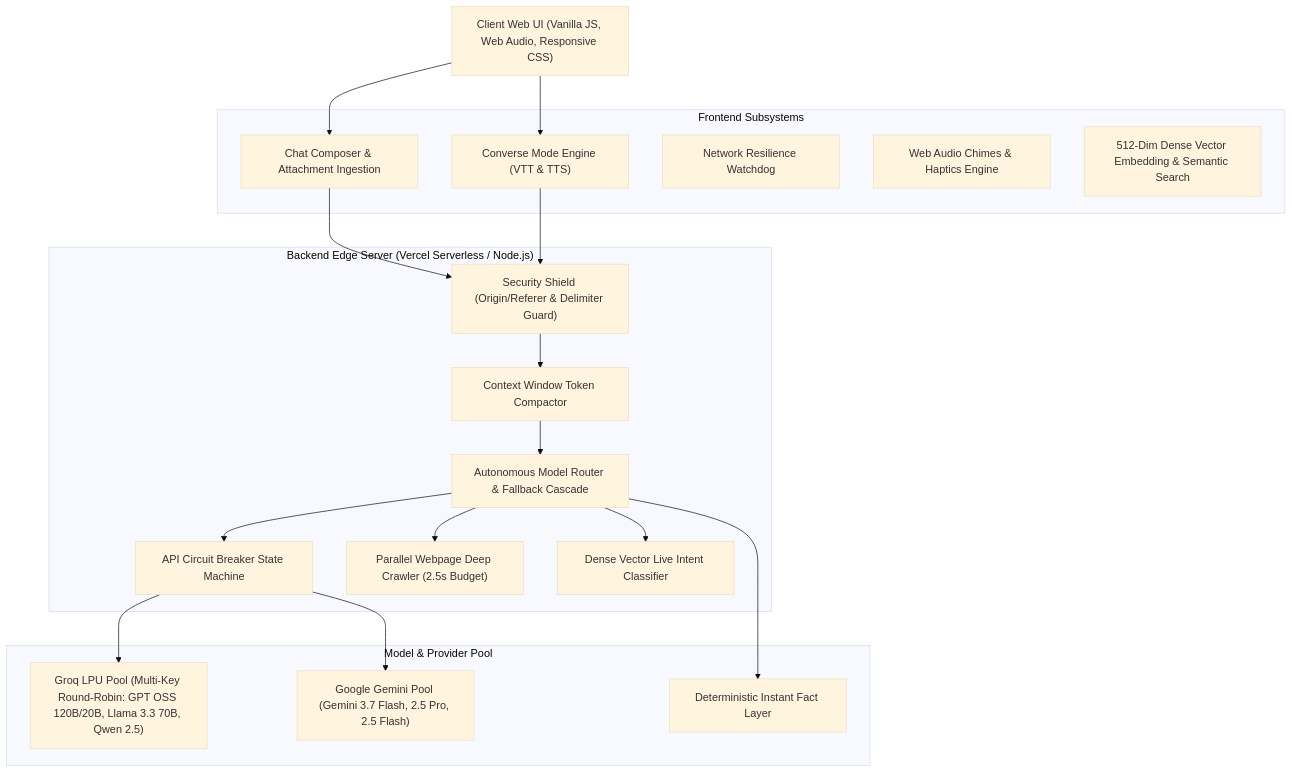
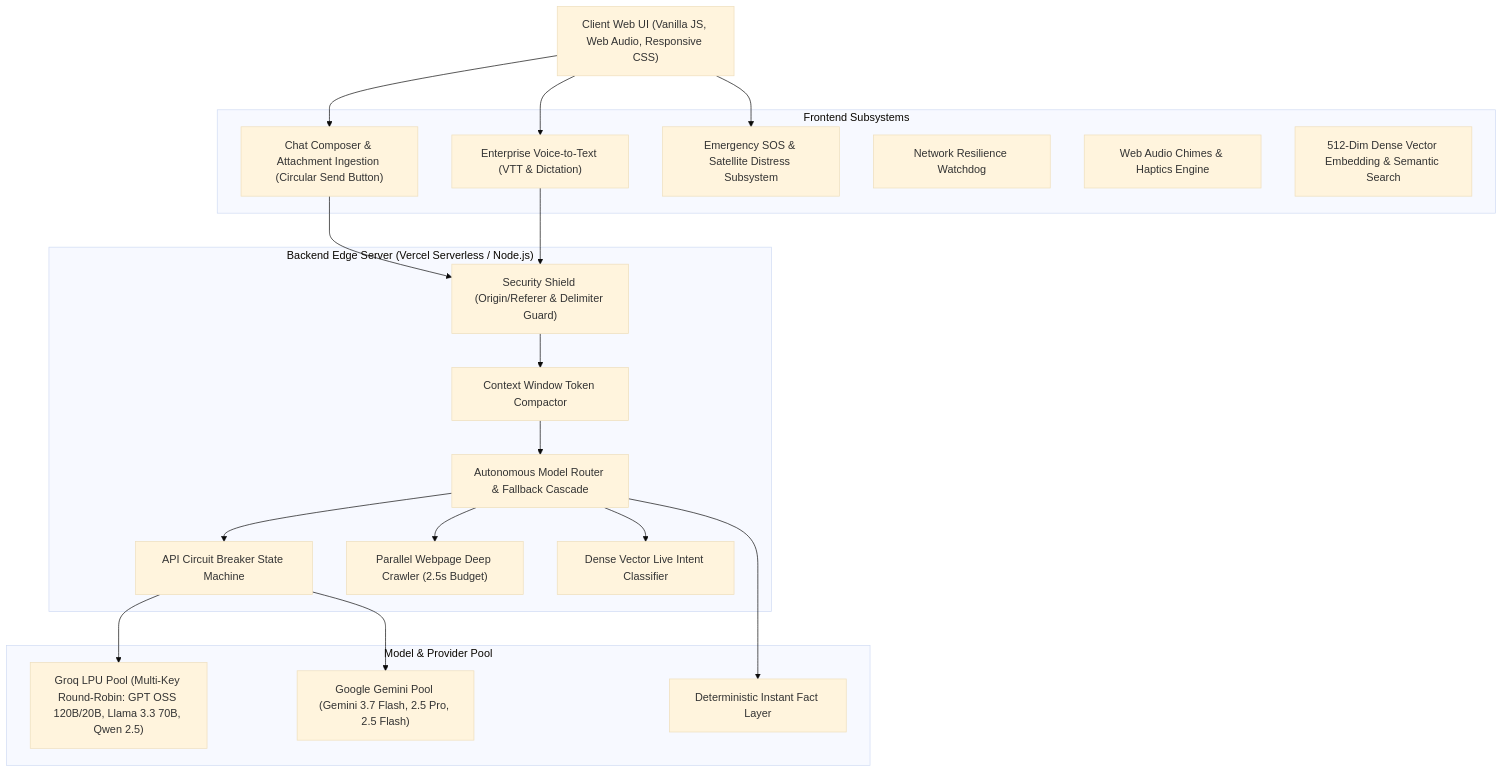
Before and after one commit to PrithvirajuVenkataraman/JARVIS: the first of 6 diagrams in SYSTEM_DESIGN.md, drawn with Mermaid (base theme). The commit also changed other lines of this file, not shown here.

````diff
--- a/SYSTEM_DESIGN.md
+++ b/SYSTEM_DESIGN.md
@@ -9,40 +9,42 @@
 ```mermaid
 graph TD
     Client["Client Web UI (Vanilla JS, Web Audio, Responsive CSS)"]
     
     subgraph Frontend["Frontend Subsystems"]
-        ChatComposer["Chat Composer & Attachment Ingestion"]
-        ConverseController["Converse Mode Engine (VTT & TTS)"]
+        ChatComposer["Chat Composer & Attachment Ingestion (Circular Send Button)"]
+        VTTController["Enterprise Voice-to-Text (VTT & Dictation)"]
+        EmergencySosSubsystem["Emergency SOS & Satellite Distress Subsystem"]
         OfflineWatchdog["Network Resilience Watchdog"]
         AudioHaptics["Web Audio Chimes & Haptics Engine"]
         VectorEngine["512-Dim Dense Vector Embedding & Semantic Search"]
     end
 
     subgraph Backend["Backend Edge Server (Vercel Serverless / Node.js)"]
         SecurityShield["Security Shield (Origin/Referer & Delimiter Guard)"]
         ContextCompactor["Context Window Token Compactor"]
         IntentRouter["Autonomous Model Router & Fallback Cascade"]
         CircuitBreaker["API Circuit Breaker State Machine"]
         DeepCrawler["Parallel Webpage Deep Crawler (2.5s Budget)"]
         LiveClassifier["Dense Vector Live Intent Classifier"]
     end
 
     subgraph Models["Model & Provider Pool"]
         GroqPool["Groq LPU Pool (Multi-Key Round-Robin: GPT OSS 120B/20B, Llama 3.3 70B, Qwen 2.5)"]
         GeminiPool["Google Gemini Pool (Gemini 3.7 Flash, 2.5 Pro, 2.5 Flash)"]
         DeterministicFacts["Deterministic Instant Fact Layer"]
     end
 
     Client --> ChatComposer
-    Client --> ConverseController
+    Client --> VTTController
+    Client --> EmergencySosSubsystem
     ChatComposer --> SecurityShield
-    ConverseController --> SecurityShield
+    VTTController --> SecurityShield
     SecurityShield --> ContextCompactor
     ContextCompactor --> IntentRouter
     IntentRouter --> CircuitBreaker
     IntentRouter --> DeepCrawler
     IntentRouter --> LiveClassifier
     CircuitBreaker --> GroqPool
     CircuitBreaker --> GeminiPool
     IntentRouter --> DeterministicFacts
 ```
````
